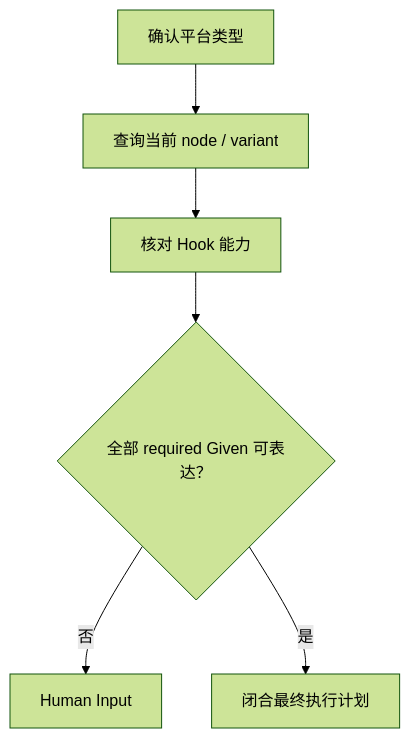
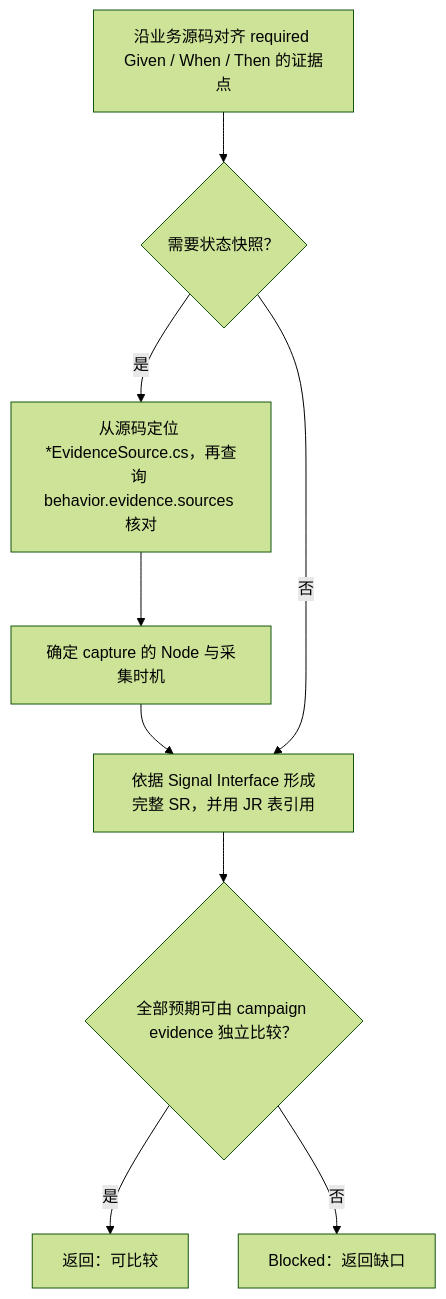
Before and after one commit to daihothot/scout: the fifth of 7 diagrams in assets/codex/skills/domain-rbt-executor/SKILL.md, drawn with Mermaid (forest theme). The commit also changed other lines of this file and 22 other files, not shown here.

````diff
--- a/assets/codex/skills/domain-rbt-executor/SKILL.md
+++ b/assets/codex/skills/domain-rbt-executor/SKILL.md
@@ -169,8 +277,11 @@
 ```mermaid
 flowchart TD
-  A["确认平台类型"] --> B["查询当前 node / variant"]
-  B --> C["核对 Hook 能力"]
-  C --> D{"全部 required Given 可表达？"}
-  D -- "否" --> E["Human Input"]
-  D -- "是" --> F["闭合最终执行计划"]
+  A["沿业务源码对齐 required Given / When / Then 的证据点"] --> B{"需要状态快照？"}
+  B -- 是 --> C["从源码定位 *EvidenceSource.cs，再查询 behavior.evidence.sources 核对"]
+  C --> D["确定 capture 的 Node 与采集时机"]
+  D --> E["依据 Signal Interface 形成完整 SR，并用 JR 表引用"]
+  B -- 否 --> E
+  E --> F{"全部预期可由 campaign evidence 独立比较？"}
+  F -- 是 --> R["返回：可比较"]
+  F -- 否 --> X["Blocked：返回缺口"]
 ```
````
